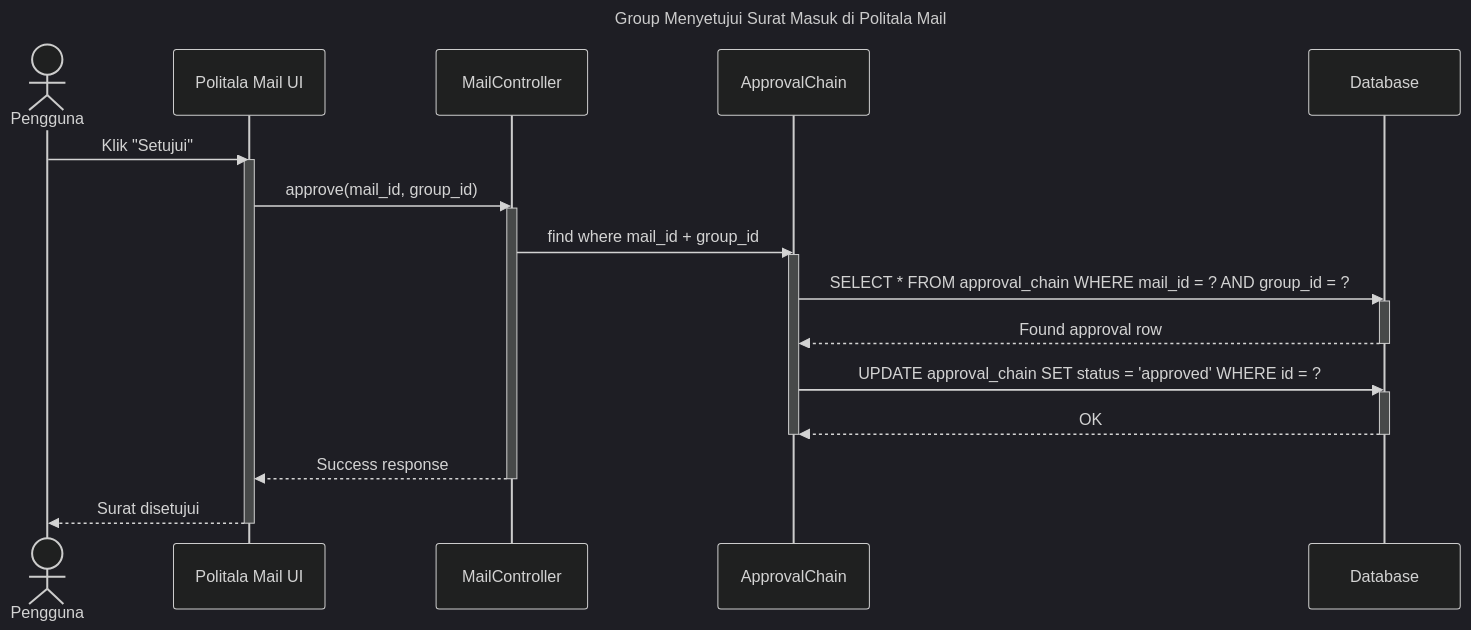
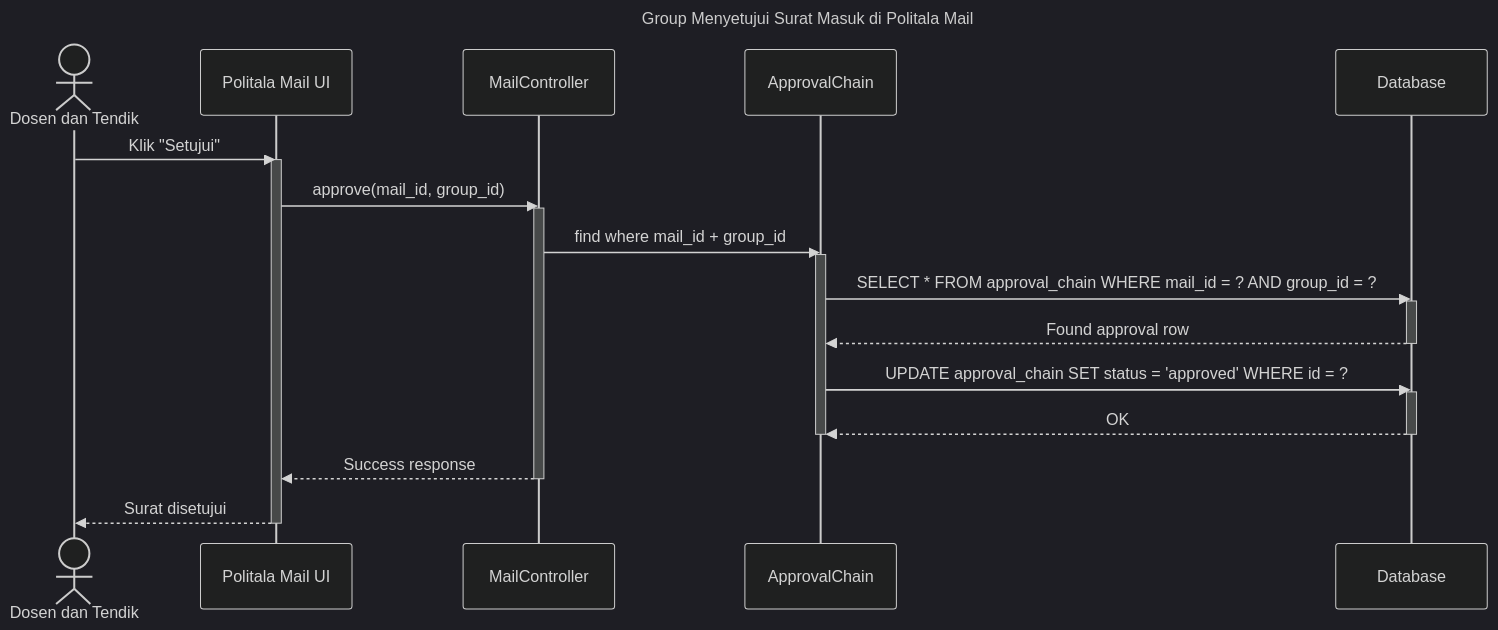
One commit to davidhadinugroho24601/UML-politala-mail changed the diagram in Manage Surat Masuk/menyetujui.md. Above: the diagram before and after it, drawn with Mermaid (dark theme). The commit also changed 9 other files, not shown here.

````diff
--- a/Manage Surat Masuk/menyetujui.md
+++ b/Manage Surat Masuk/menyetujui.md
@@ -1,36 +1,36 @@
 ```mermaid
 
 sequenceDiagram
     title Group Menyetujui Surat Masuk di Politala Mail
 
-    actor Pengguna
+    actor Dosen dan Tendik
     participant FilamentUI as Politala Mail UI
     participant MailController
     participant ApprovalModel as ApprovalChain
     participant DB as Database
 
-    Pengguna ->> FilamentUI: Klik "Setujui"
+    Dosen dan Tendik ->> FilamentUI: Klik "Setujui"
     activate FilamentUI
     FilamentUI ->> MailController: approve(mail_id, group_id)
     activate MailController
 
     MailController ->> ApprovalModel: find where mail_id + group_id
     activate ApprovalModel
     ApprovalModel ->> DB: SELECT * FROM approval_chain WHERE mail_id = ? AND group_id = ?
     activate DB
     DB -->> ApprovalModel: Found approval row
     deactivate DB
 
     ApprovalModel ->> DB: UPDATE approval_chain SET status = 'approved' WHERE id = ?
     activate DB
     DB -->> ApprovalModel: OK
     deactivate DB
     deactivate ApprovalModel
 
     MailController -->> FilamentUI: Success response
     deactivate MailController
-    FilamentUI -->> Pengguna: Surat disetujui
+    FilamentUI -->> Dosen dan Tendik: Surat disetujui
     deactivate FilamentUI
 
 
 ```
````
